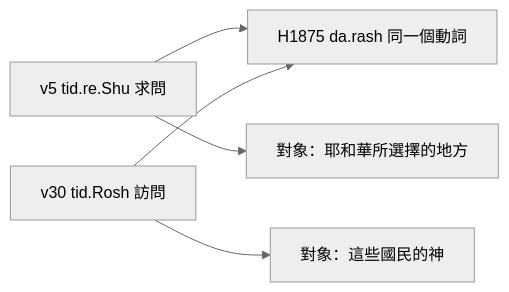
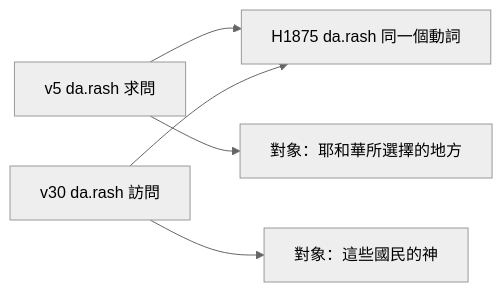
The first of 2 diagrams in content/05 申命記/第12章.md (andyjr5566/Bible_wiki_zh_website), drawn with Mermaid (neutral theme) before and after one commit. The commit also changed other lines of this file and 2713 other files, not shown here.

````diff
--- a/content/05 申命記/第12章.md
+++ b/content/05 申命記/第12章.md
@@ -253,7 +253,7 @@
 ```mermaid
 flowchart LR
-  A["v5 tid.re.Shu 求問"] --> C["H1875 da.rash 同一個動詞"]
-  B["v30 tid.Rosh 訪問"] --> C
+  A["v5 da.rash 求問"] --> C["H1875 da.rash 同一個動詞"]
+  B["v30 da.rash 訪問"] --> C
   A --> D["對象：耶和華所選擇的地方"]
   B --> E["對象：這些國民的神"]
 ```
````
